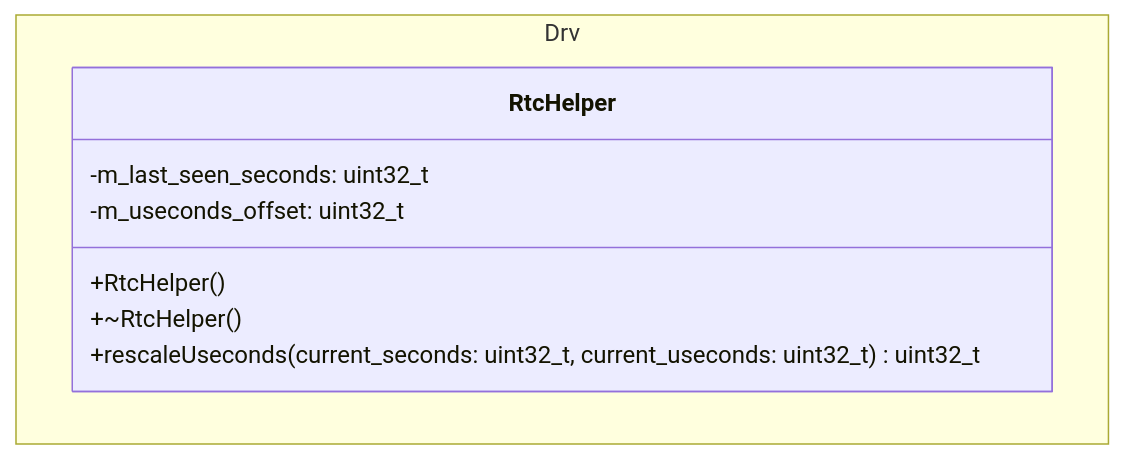
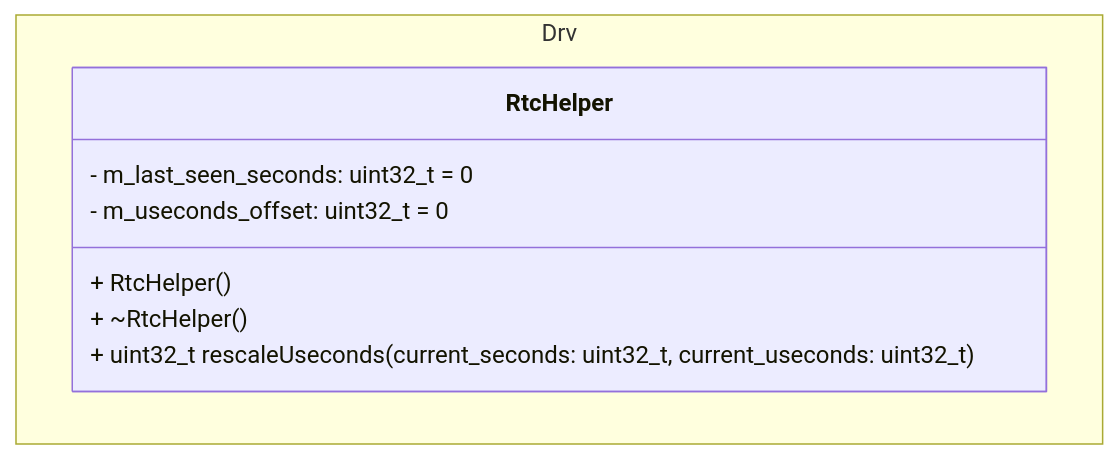
Before and after one commit to Open-Source-Space-Foundation/proves-core-reference: the second of 14 diagrams in PROVESFlightControllerReference/Components/Drv/RtcManager/docs/sdd.md, drawn with Mermaid. The commit also changed other lines of this file and 5 other files, not shown here.

````diff
--- a/PROVESFlightControllerReference/Components/Drv/RtcManager/docs/sdd.md
+++ b/PROVESFlightControllerReference/Components/Drv/RtcManager/docs/sdd.md
@@ -151,13 +181,13 @@
 ```mermaid
 classDiagram
     namespace Drv {
         class RtcHelper {
-            -m_last_seen_seconds: uint32_t
-            -m_useconds_offset: uint32_t
+            - m_last_seen_seconds: uint32_t = 0
+            - m_useconds_offset: uint32_t = 0
 
-            +RtcHelper()
-            +~RtcHelper()
-            +rescaleUseconds(current_seconds: uint32_t, current_useconds: uint32_t) uint32_t
+            + RtcHelper()
+            + ~RtcHelper()
+            + uint32_t rescaleUseconds(current_seconds: uint32_t, current_useconds: uint32_t)
         }
     }
 ```
````
